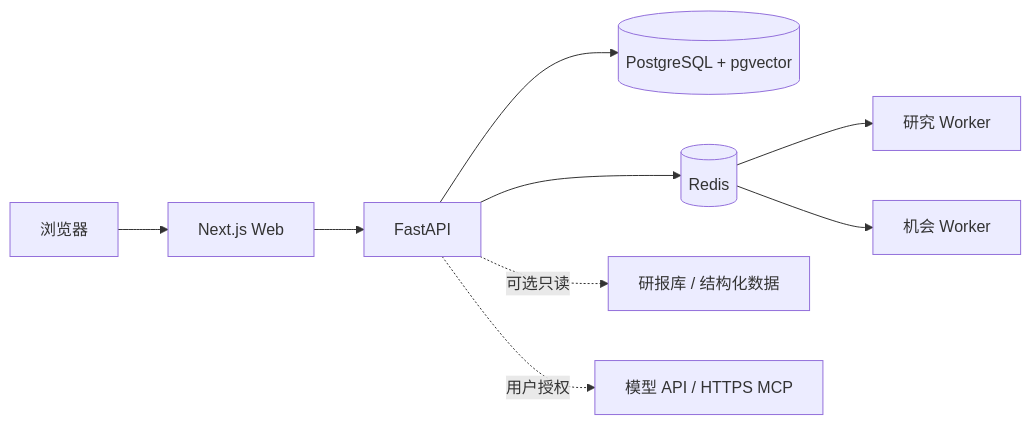
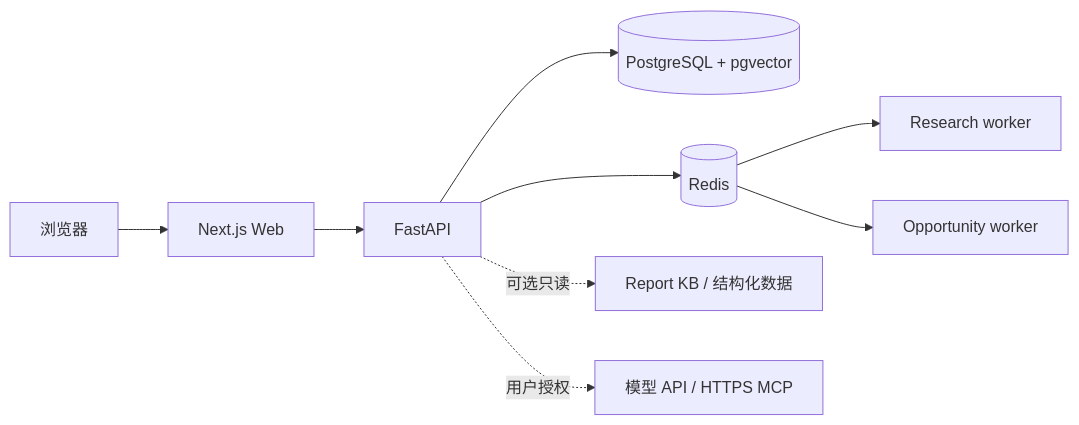
The diagram in README.zh-CN.md (fretelli/AIWendy), drawn with Mermaid before and after one commit. The commit also changed other lines of this file and 53 other files, not shown here.

````diff
--- a/README.zh-CN.md
+++ b/README.zh-CN.md
@@ -23,11 +27,11 @@
 ```mermaid
 flowchart LR
   U[浏览器] --> W[Next.js Web]
   W --> A[FastAPI]
   A --> P[(PostgreSQL + pgvector)]
   A --> R[(Redis)]
-  R --> RW[研究 Worker]
-  R --> OW[机会 Worker]
-  A -. 可选只读 .-> D[研报库 / 结构化数据]
+  R --> RW[Research worker]
+  R --> OW[Opportunity worker]
+  A -. 可选只读 .-> D[Report KB / 结构化数据]
   A -. 用户授权 .-> M[模型 API / HTTPS MCP]
 ```
````
